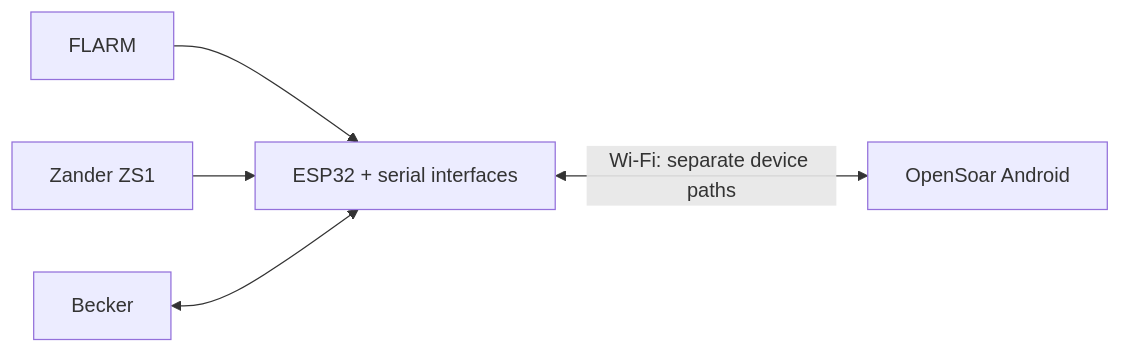
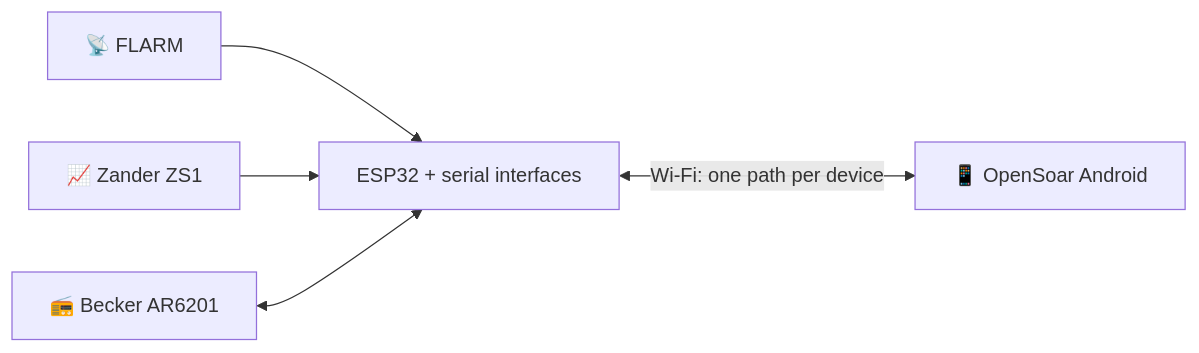
Before and after one commit to MomoRC-tech/Becker-AR6201-to-OpenSoar: the diagram in README.md, drawn with Mermaid. The commit also changed other lines of this file and 12 other files, not shown here.

````diff
--- a/README.md
+++ b/README.md
@@ -5,7 +24,7 @@
 ```mermaid
 flowchart LR
-    F[FLARM] --> E[ESP32 + serial interfaces]
-    Z[Zander ZS1] --> E
-    B[Becker] <--> E
-    E <-->|Wi-Fi: separate device paths| O[OpenSoar Android]
+    F[📡 FLARM] --> E[ESP32 + serial interfaces]
+    Z[📈 Zander ZS1] --> E
+    B[📻 Becker AR6201] <--> E
+    E <-->|Wi-Fi: one path per device| O[📱 OpenSoar Android]
 ```
````
